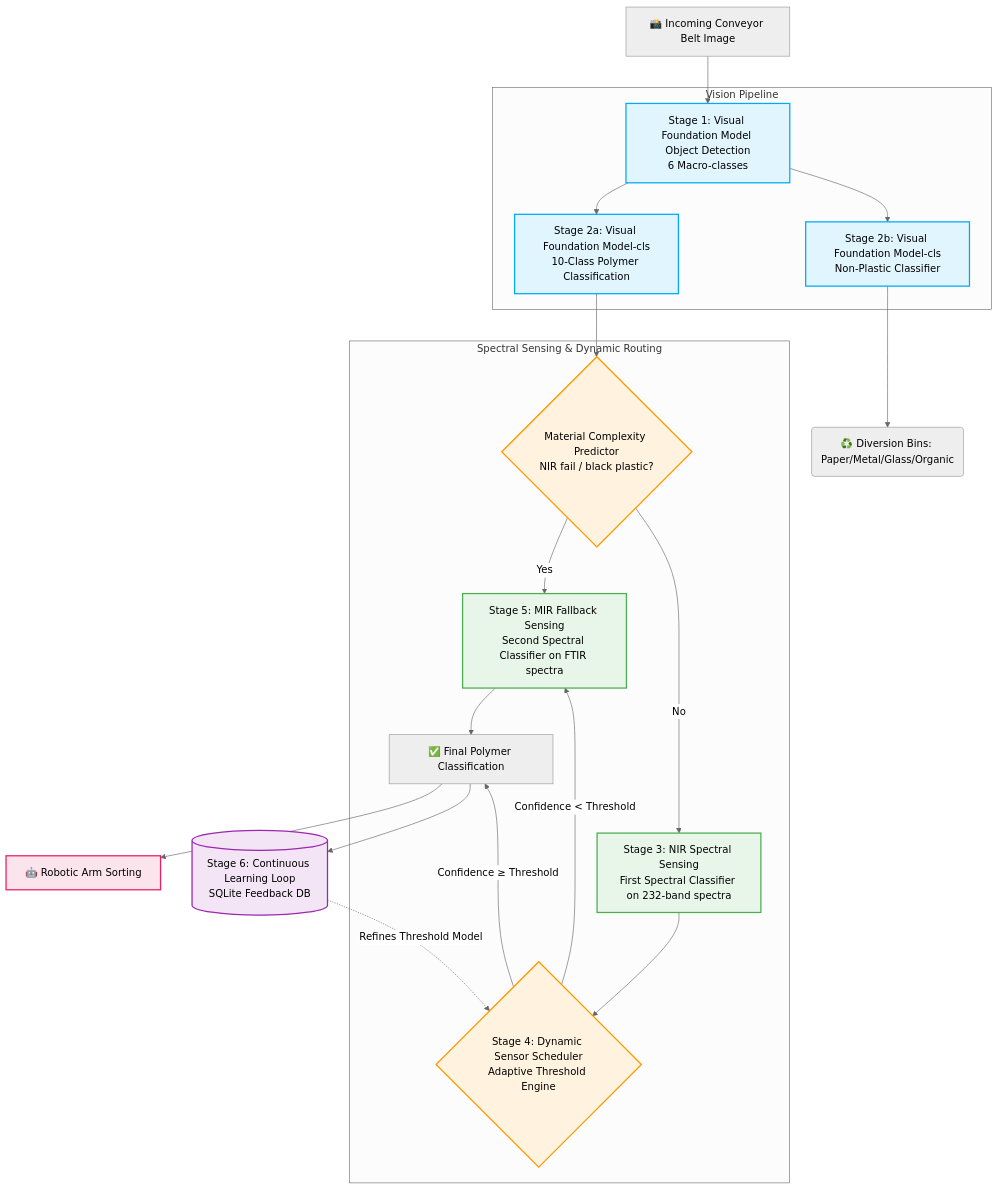
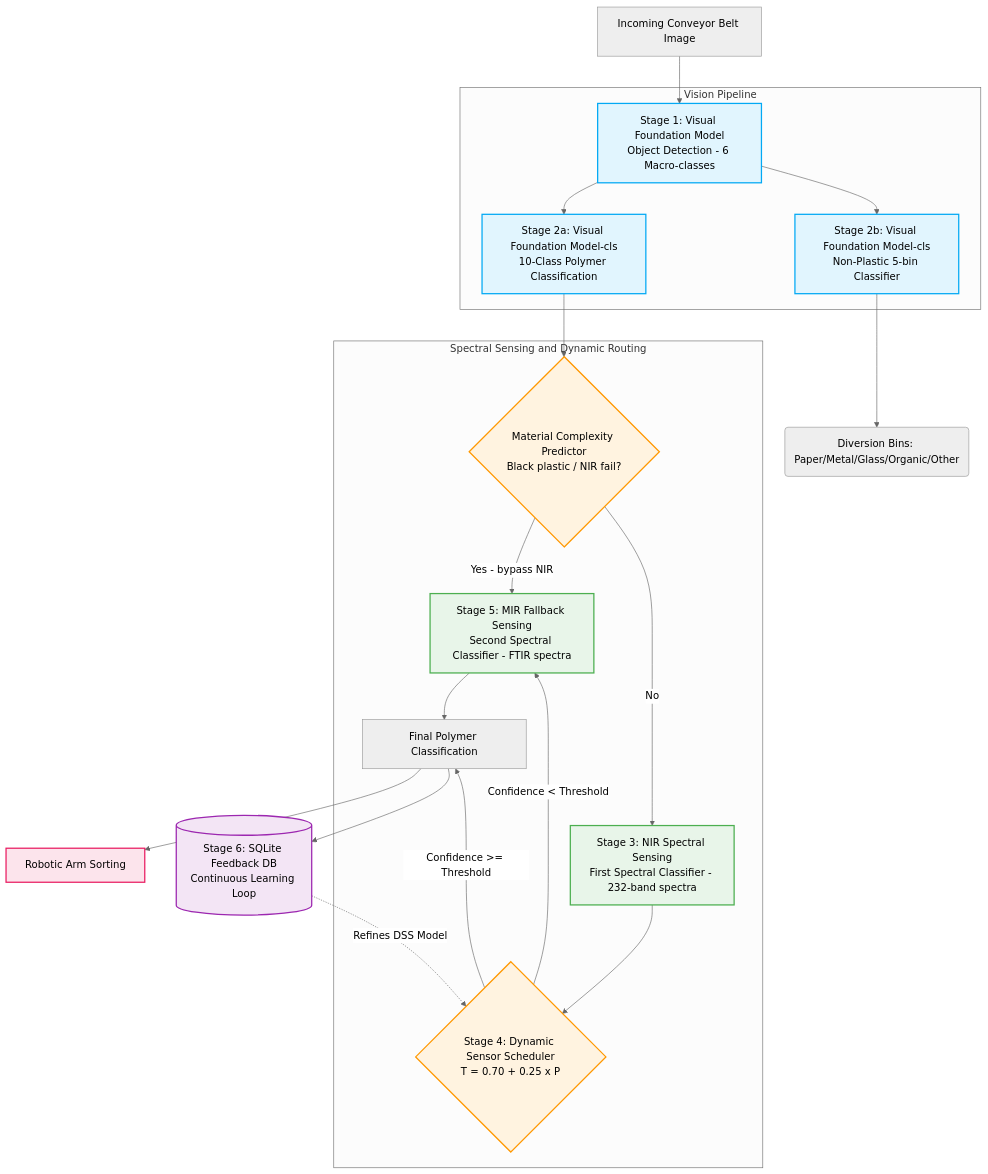
One commit to VyankateshDawale/Plastic-Segregation changed the diagram in README.md. Above: the diagram before and after it, drawn with Mermaid (neutral theme). The commit also changed other lines of this file, not shown here.

Commit message:
docs: fix README to exactly match repo structure - add Atharva_NIR, scripts, docs, all src files, correct clone URL and paper badge

````diff
--- a/README.md
+++ b/README.md
@@ -34,46 +34,45 @@
 ```mermaid
 graph TD
     %% Define Styles
     classDef vision fill:#e1f5fe,stroke:#03a9f4,stroke-width:2px;
     classDef spectral fill:#e8f5e9,stroke:#4caf50,stroke-width:2px;
     classDef decision fill:#fff3e0,stroke:#ff9800,stroke-width:2px;
     classDef action fill:#fce4ec,stroke:#e91e63,stroke-width:2px;
     classDef db fill:#f3e5f5,stroke:#9c27b0,stroke-width:2px;
 
-    %% Nodes
-    In[📸 Incoming Conveyor Belt Image] --> S1
-    
+    In[Incoming Conveyor Belt Image] --> S1
+
     subgraph Vision Pipeline
-        S1[Stage 1: Visual Foundation Model Object Detection<br/>6 Macro-classes]:::vision
+        S1[Stage 1: Visual Foundation Model<br/>Object Detection - 6 Macro-classes]:::vision
         S1 --> S2a
         S1 --> S2b
         S2a[Stage 2a: Visual Foundation Model-cls<br/>10-Class Polymer Classification]:::vision
-        S2b[Stage 2b: Visual Foundation Model-cls<br/>Non-Plastic Classifier]:::vision
+        S2b[Stage 2b: Visual Foundation Model-cls<br/>Non-Plastic 5-bin Classifier]:::vision
     end
 
-    S2b --> B1(♻️ Diversion Bins: Paper/Metal/Glass/Organic)
+    S2b --> B1(Diversion Bins: Paper/Metal/Glass/Organic/Other)
 
     S2a --> EFP
-    
-    subgraph Spectral Sensing & Dynamic Routing
-        EFP{Material Complexity Predictor<br/>NIR fail / black plastic?}:::decision
-        EFP -- "Yes" --> S5
+
+    subgraph Spectral Sensing and Dynamic Routing
+        EFP{Material Complexity Predictor<br/>Black plastic / NIR fail?}:::decision
+        EFP -- "Yes - bypass NIR" --> S5
         EFP -- "No" --> S3
-        
-        S3[Stage 3: NIR Spectral Sensing<br/>First Spectral Classifier on 232-band spectra]:::spectral
+
+        S3[Stage 3: NIR Spectral Sensing<br/>First Spectral Classifier - 232-band spectra]:::spectral
         S3 --> DSS
-        
-        DSS{Stage 4: Dynamic Sensor Scheduler<br/>Adaptive Threshold Engine}:::decision
-        DSS -- "Confidence ≥ Threshold" --> Out[✅ Final Polymer Classification]
+
+        DSS{Stage 4: Dynamic Sensor Scheduler<br/>T = 0.70 + 0.25 x P}:::decision
+        DSS -- "Confidence >= Threshold" --> Out[Final Polymer Classification]
         DSS -- "Confidence < Threshold" --> S5
-        
-        S5[Stage 5: MIR Fallback Sensing<br/>Second Spectral Classifier on FTIR spectra]:::spectral
+
+        S5[Stage 5: MIR Fallback Sensing<br/>Second Spectral Classifier - FTIR spectra]:::spectral
         S5 --> Out
     end
-    
-    Out --> Arm[🤖 Robotic Arm Sorting]:::action
-    
+
+    Out --> Arm[Robotic Arm Sorting]:::action
+
     Out --> FB
-    FB[(Stage 6: Continuous Learning Loop<br/>SQLite Feedback DB)]:::db
-    FB -. "Refines Threshold Model" .-> DSS
+    FB[(Stage 6: SQLite Feedback DB<br/>Continuous Learning Loop)]:::db
+    FB -. "Refines DSS Model" .-> DSS
 ```
````
